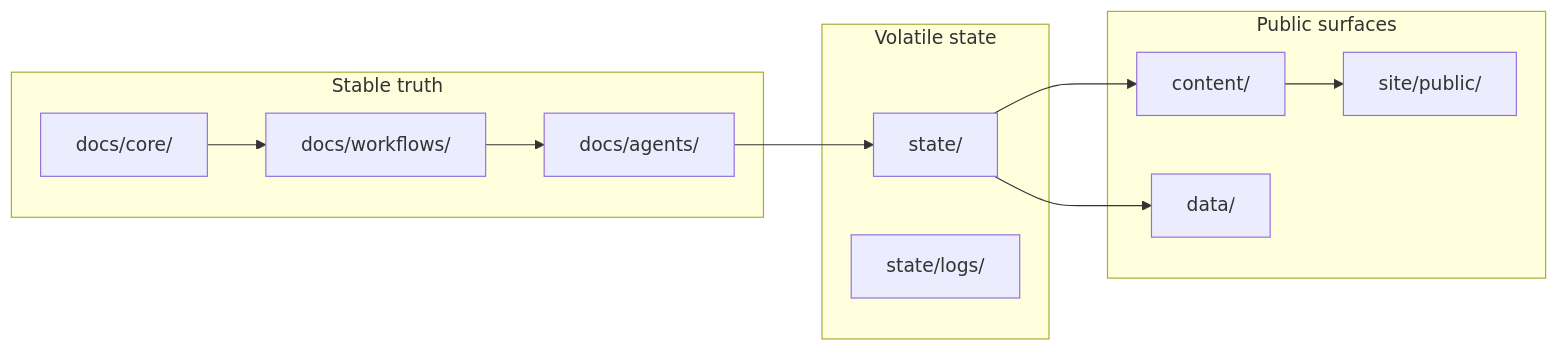
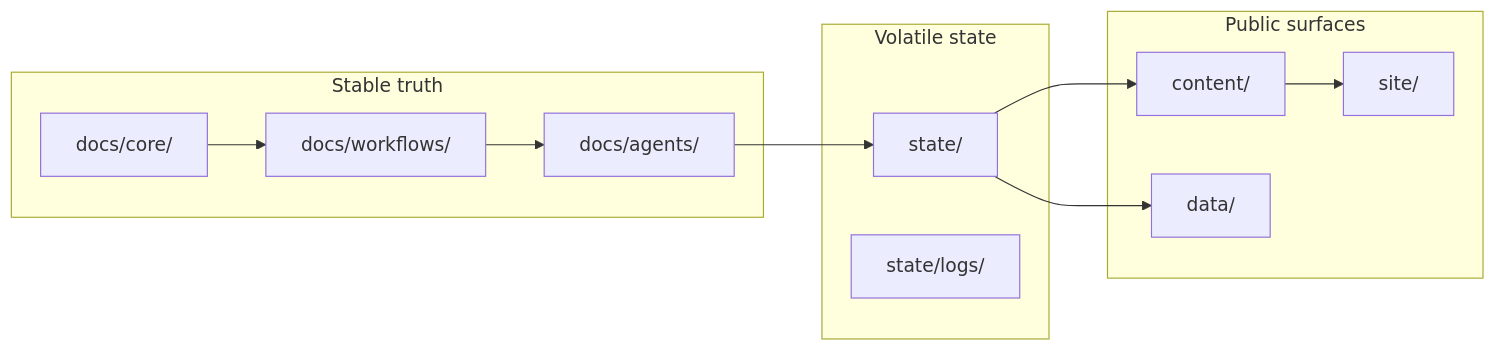
Before and after one commit to DidacLL/AgenticCareerBoost: the diagram in README.md, drawn with Mermaid. The commit also changed other lines of this file and 73 other files, not shown here.

````diff
--- a/README.md
+++ b/README.md
@@ -70,23 +70,23 @@
 ```mermaid
 flowchart LR
     subgraph truth [Stable truth]
         Core[docs/core/]
         WF[docs/workflows/]
         Roles[docs/agents/]
     end
     subgraph volatile [Volatile state]
         State[state/]
         Logs[state/logs/]
     end
     subgraph outputs [Public surfaces]
         Content[content/]
-        Site[site/public/]
+        Site[site/]
         Data[data/]
     end
 
     Core --> WF --> Roles
     Roles --> State
     State --> Content
     Content --> Site
     State --> Data
 ```
````
